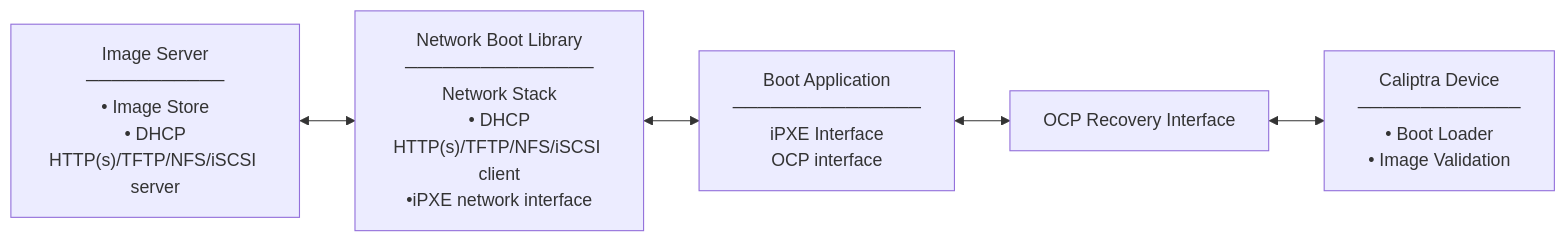
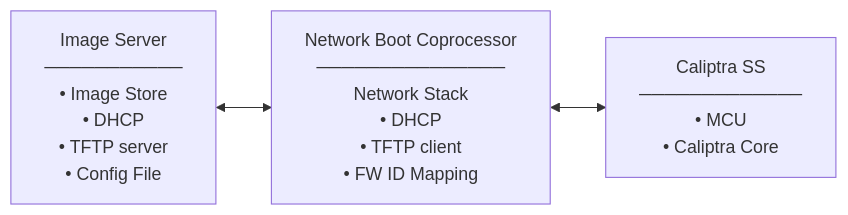
One commit to chipsalliance/caliptra-mcu-sw changed the first of 2 diagrams in docs/src/network_boot.md. Above: the diagram before and after it, drawn with Mermaid. The commit also changed other lines of this file, not shown here.

````diff
--- a/docs/src/network_boot.md
+++ b/docs/src/network_boot.md
@@ -11,13 +11,9 @@
 ```mermaid
 flowchart LR
-    A["Image Server<br/>───────────<br/>• Image Store<br/>• DHCP<br/>HTTP(s)/TFTP/NFS/iSCSI server<br/>"]
-    B["Network Boot Library<br/>───────────────<br/>Network Stack<br/>• DHCP<br/>HTTP(s)/TFTP/NFS/iSCSI client<br/>•iPXE network interface"]
-    C["Boot Application<br/>───────────────<br/>iPXE Interface<br/>OCP interface"]
-    D["OCP Recovery Interface"]
-    E["Caliptra Device<br/>─────────────<br/>• Boot Loader<br/>• Image Validation<br/>"]
+    A["Image Server<br/>───────────<br/>• Image Store<br/>• DHCP<br/>• TFTP server<br/>• Config File"]
+    B["Network Boot Coprocessor<br/>───────────────<br/>Network Stack<br/>• DHCP<br/>• TFTP client<br/>• FW ID Mapping"]
+    C["Caliptra SS<br/>─────────────<br/>• MCU<br/>• Caliptra Core"]
     
     A <--> B
     B <--> C
-    C <--> D
-    D <--> E
 ```
````
